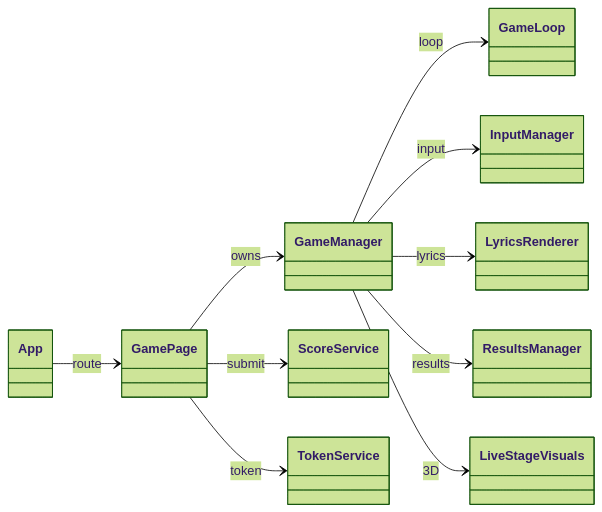
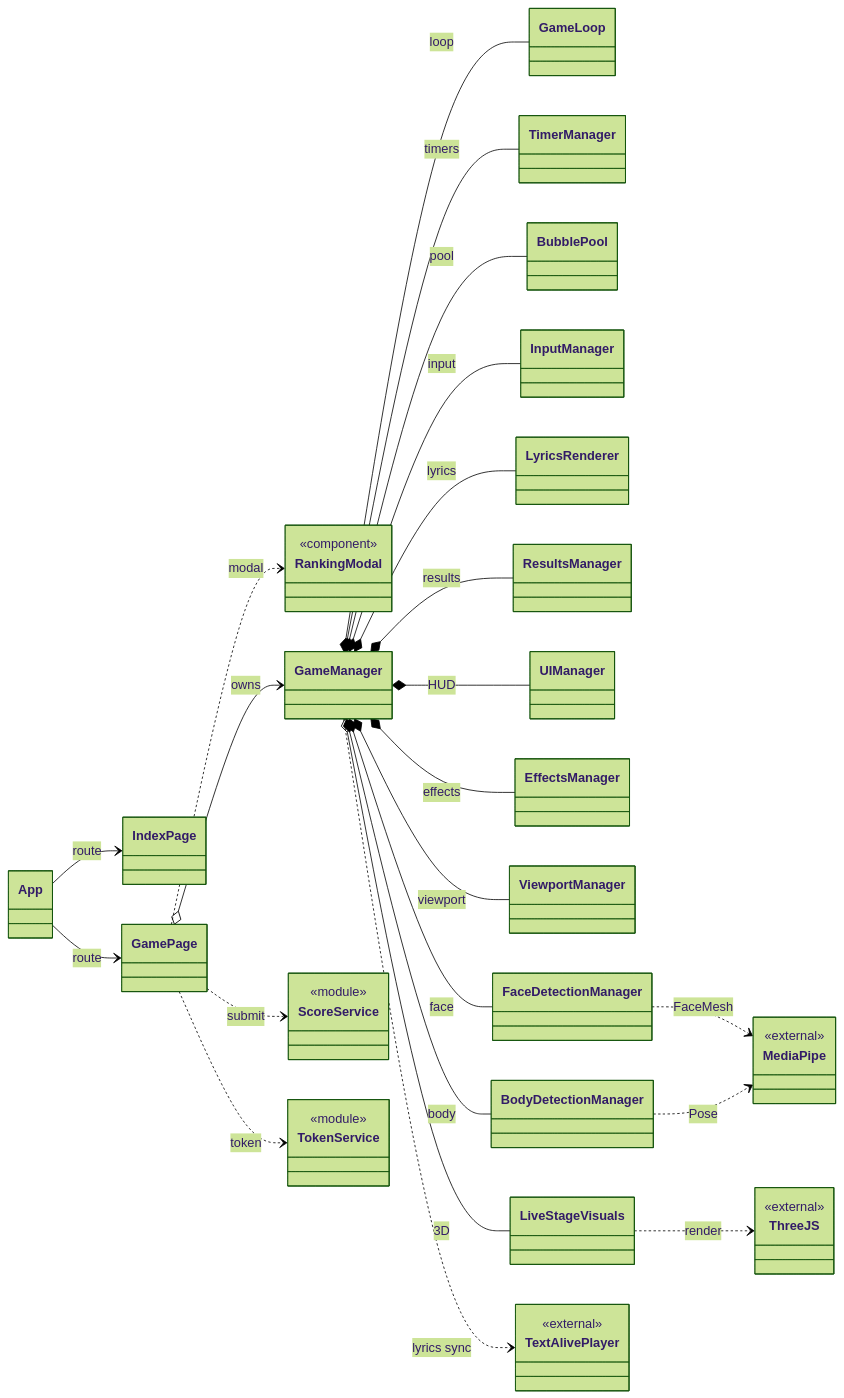
The ninth of 11 diagrams in README.md (syusyusyusyu/star), drawn with Mermaid (forest theme) before and after one commit. The commit also changed other lines of this file, not shown here.

Commit message:
fix: READMEの構成を整理し、フロントエンドとバックエンドのクラス図を更新

````diff
--- a/README.md
+++ b/README.md
@@ -352,26 +362,52 @@
 ```mermaid
 classDiagram
   direction LR
 
   class App
+  class IndexPage
   class GamePage
+  class RankingModal <<component>>
   class GameManager
   class GameLoop
+  class TimerManager
+  class BubblePool
   class InputManager
   class LyricsRenderer
   class ResultsManager
+  class UIManager
+  class EffectsManager
+  class ViewportManager
+  class FaceDetectionManager
+  class BodyDetectionManager
   class LiveStageVisuals
-  class ScoreService
-  class TokenService
+  class ScoreService <<module>>
+  class TokenService <<module>>
+  class TextAlivePlayer <<external>>
+  class MediaPipe <<external>>
+  class ThreeJS <<external>>
 
+  App --> IndexPage : route
   App --> GamePage : route
-  GamePage --> GameManager : owns
-  GamePage --> ScoreService : submit
-  GamePage --> TokenService : token
+  GamePage o--> GameManager : owns
+  GamePage ..> RankingModal : modal
+  GamePage ..> ScoreService : submit
+  GamePage ..> TokenService : token
 
-  GameManager --> GameLoop : loop
-  GameManager --> InputManager : input
-  GameManager --> LyricsRenderer : lyrics
-  GameManager --> ResultsManager : results
-  GameManager --> LiveStageVisuals : 3D
+  GameManager *-- GameLoop : loop
+  GameManager *-- TimerManager : timers
+  GameManager *-- BubblePool : pool
+  GameManager *-- InputManager : input
+  GameManager *-- LyricsRenderer : lyrics
+  GameManager *-- ResultsManager : results
+  GameManager *-- UIManager : HUD
+  GameManager *-- EffectsManager : effects
+  GameManager *-- ViewportManager : viewport
+  GameManager *-- FaceDetectionManager : face
+  GameManager *-- BodyDetectionManager : body
+  GameManager o-- LiveStageVisuals : 3D
+
+  GameManager ..> TextAlivePlayer : lyrics sync
+  FaceDetectionManager ..> MediaPipe : FaceMesh
+  BodyDetectionManager ..> MediaPipe : Pose
+  LiveStageVisuals ..> ThreeJS : render
 ```
````
